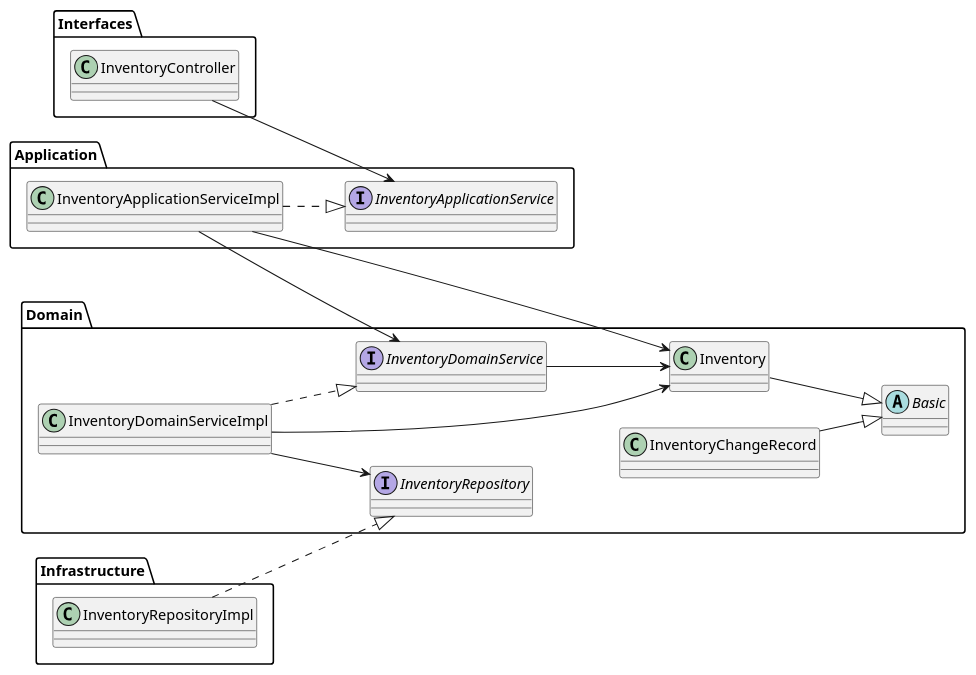
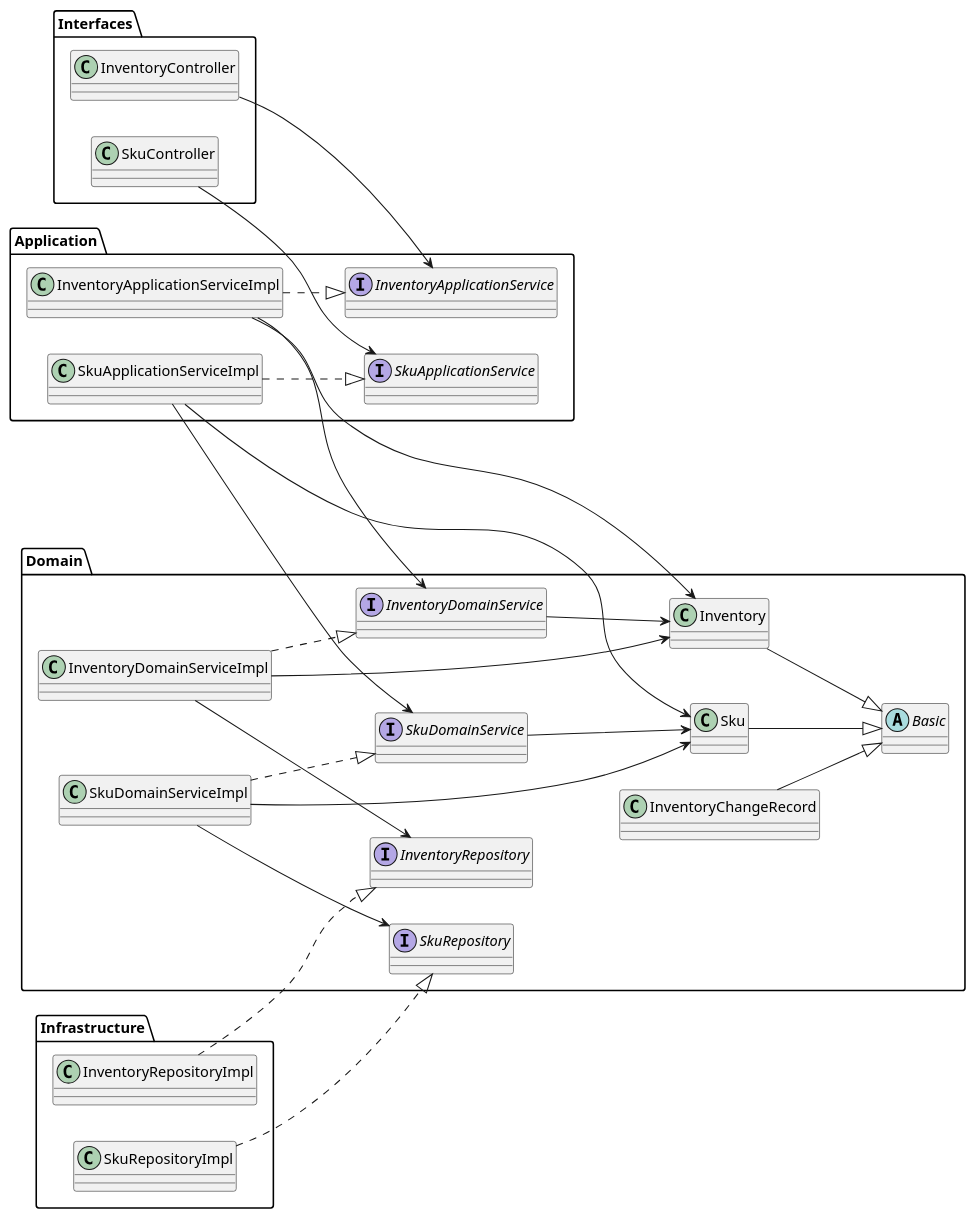
Before and after one commit to Jeromefromcn/JavaFinalProject8020: the diagram in uml/4. class.puml, drawn with PlantUML.

Commit message:
class diagram completion

```diff
--- a/uml/4. class.puml
+++ b/uml/4. class.puml
@@ -1,38 +1,57 @@
 @startuml
 'https://plantuml.com/class-diagram
 left to right direction
 
 package Interfaces {
     class InventoryController
+    class SkuController
 }
 
 package Application {
     interface InventoryApplicationService
     class InventoryApplicationServiceImpl
+    interface SkuApplicationService
+    class SkuApplicationServiceImpl
 }
 
 package Domain {
     interface InventoryDomainService
     class InventoryDomainServiceImpl
+    interface SkuDomainService
+    class SkuDomainServiceImpl
     abstract Basic
     class Inventory
     class InventoryChangeRecord
     interface InventoryRepository
+    class Sku
+    interface SkuRepository
 }
 
 package Infrastructure {
     class InventoryRepositoryImpl
+    class SkuRepositoryImpl
 }
 
 InventoryController --> InventoryApplicationService
 InventoryApplicationServiceImpl ..|> InventoryApplicationService
 InventoryApplicationServiceImpl --> InventoryDomainService
 InventoryApplicationServiceImpl --> Inventory
 InventoryDomainServiceImpl ..|> InventoryDomainService
 InventoryDomainService --> Inventory
 InventoryDomainServiceImpl --> Inventory
 InventoryDomainServiceImpl --> InventoryRepository
 InventoryRepositoryImpl ..|> InventoryRepository
 Inventory --|> Basic
 InventoryChangeRecord --|> Basic
+
+SkuController --> SkuApplicationService
+SkuApplicationServiceImpl ..|> SkuApplicationService
+SkuApplicationServiceImpl --> SkuDomainService
+SkuApplicationServiceImpl --> Sku
+SkuDomainServiceImpl ..|> SkuDomainService
+SkuDomainService --> Sku
+SkuDomainServiceImpl --> Sku
+SkuDomainServiceImpl --> SkuRepository
+SkuRepositoryImpl ..|> SkuRepository
+Sku --|> Basic
 @enduml
```
